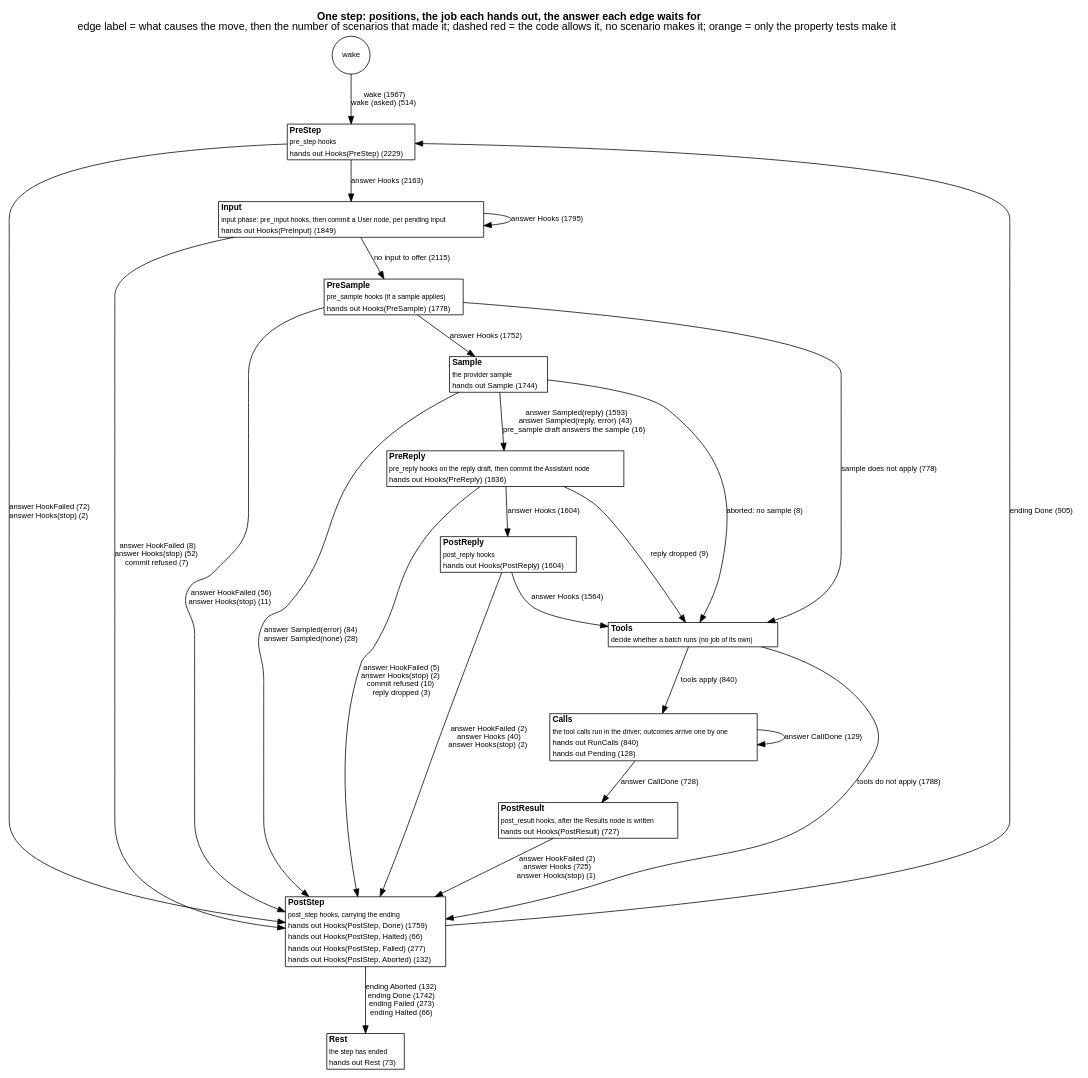
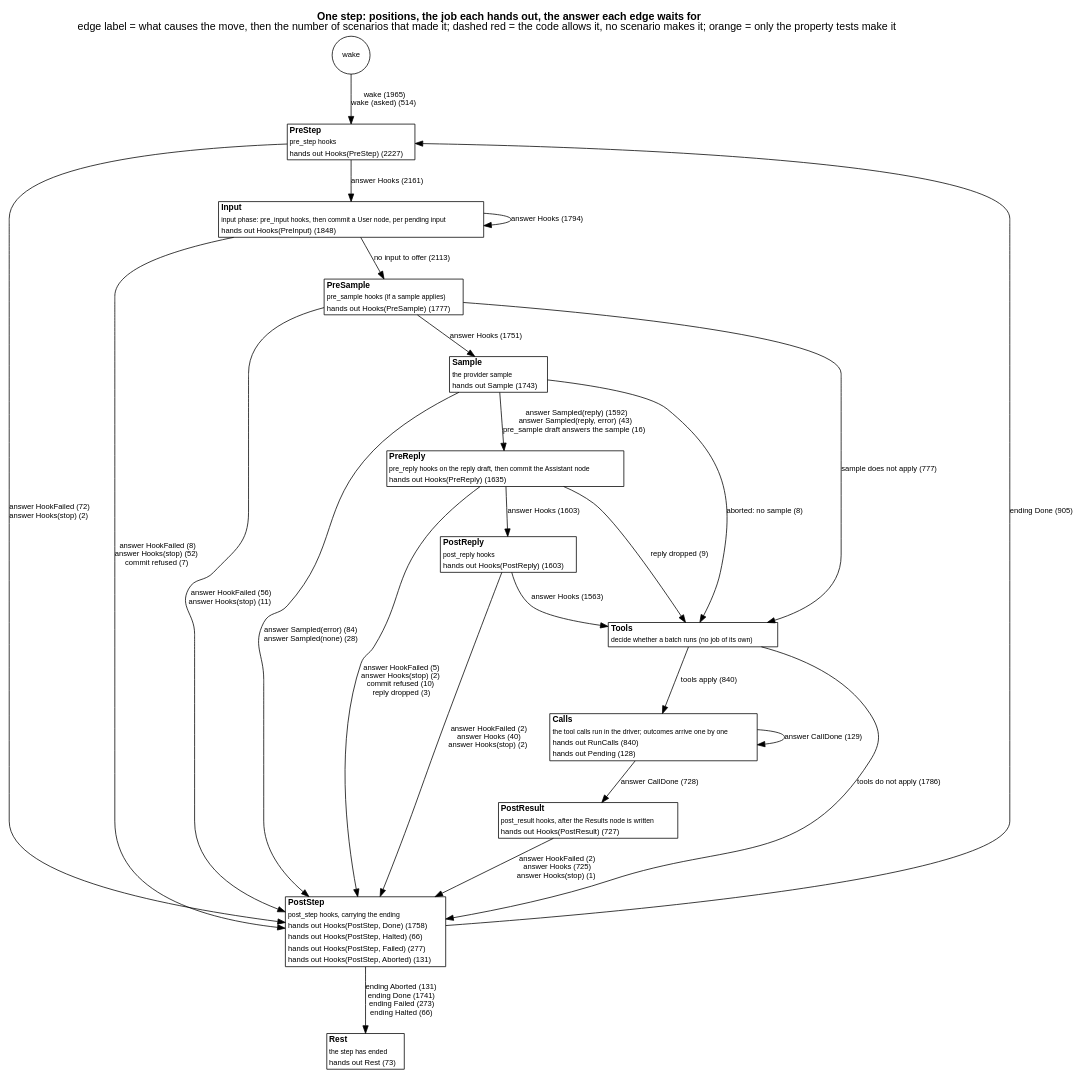
The diagram in docs/as-built/diagrams/step-positions.dot (jmccardle/tau), drawn with Graphviz before and after one commit. The commit also changed 2 other files, not shown here.

Commit message:
as-built diagrams: refreshed; two behavior tests are local_only now

```diff
--- a/docs/as-built/diagrams/step-positions.dot
+++ b/docs/as-built/diagrams/step-positions.dot
@@ -1,42 +1,42 @@
 // Generated by scripts/diagrams.sh from the test suites' transitions. Do not edit.
 digraph step_positions {
   graph [rankdir=TB, fontname="Helvetica", nodesep=0.5, ranksep=0.6, labelloc=t, label=<<b>One step: positions, the job each hands out, the answer each edge waits for</b><br/>edge label = what causes the move, then the number of scenarios that made it; dashed red = the code allows it, no scenario makes it; orange = only the property tests make it>];
   node [shape=plain, fontname="Helvetica", fontsize=11];
   edge [fontname="Helvetica", fontsize=10];
   "(wake)" [shape=circle, label="wake", fontsize=10];
-  "PreStep" [label=<<table border="1" cellborder="0" cellspacing="0" bgcolor="white"><tr><td align="left"><b>PreStep</b></td></tr><tr><td align="left"><font point-size="9">pre_step hooks</font></td></tr><tr><td align="left"><font color="black" point-size="10">hands out Hooks(PreStep) (2229)</font></td></tr></table>>];
-  "Input" [label=<<table border="1" cellborder="0" cellspacing="0" bgcolor="white"><tr><td align="left"><b>Input</b></td></tr><tr><td align="left"><font point-size="9">input phase: pre_input hooks, then commit a User node, per pending input</font></td></tr><tr><td align="left"><font color="black" point-size="10">hands out Hooks(PreInput) (1849)</font></td></tr></table>>];
-  "PreSample" [label=<<table border="1" cellborder="0" cellspacing="0" bgcolor="white"><tr><td align="left"><b>PreSample</b></td></tr><tr><td align="left"><font point-size="9">pre_sample hooks (if a sample applies)</font></td></tr><tr><td align="left"><font color="black" point-size="10">hands out Hooks(PreSample) (1778)</font></td></tr></table>>];
-  "Sample" [label=<<table border="1" cellborder="0" cellspacing="0" bgcolor="white"><tr><td align="left"><b>Sample</b></td></tr><tr><td align="left"><font point-size="9">the provider sample</font></td></tr><tr><td align="left"><font color="black" point-size="10">hands out Sample (1744)</font></td></tr></table>>];
-  "PreReply" [label=<<table border="1" cellborder="0" cellspacing="0" bgcolor="white"><tr><td align="left"><b>PreReply</b></td></tr><tr><td align="left"><font point-size="9">pre_reply hooks on the reply draft, then commit the Assistant node</font></td></tr><tr><td align="left"><font color="black" point-size="10">hands out Hooks(PreReply) (1636)</font></td></tr></table>>];
-  "PostReply" [label=<<table border="1" cellborder="0" cellspacing="0" bgcolor="white"><tr><td align="left"><b>PostReply</b></td></tr><tr><td align="left"><font point-size="9">post_reply hooks</font></td></tr><tr><td align="left"><font color="black" point-size="10">hands out Hooks(PostReply) (1604)</font></td></tr></table>>];
+  "PreStep" [label=<<table border="1" cellborder="0" cellspacing="0" bgcolor="white"><tr><td align="left"><b>PreStep</b></td></tr><tr><td align="left"><font point-size="9">pre_step hooks</font></td></tr><tr><td align="left"><font color="black" point-size="10">hands out Hooks(PreStep) (2227)</font></td></tr></table>>];
+  "Input" [label=<<table border="1" cellborder="0" cellspacing="0" bgcolor="white"><tr><td align="left"><b>Input</b></td></tr><tr><td align="left"><font point-size="9">input phase: pre_input hooks, then commit a User node, per pending input</font></td></tr><tr><td align="left"><font color="black" point-size="10">hands out Hooks(PreInput) (1848)</font></td></tr></table>>];
+  "PreSample" [label=<<table border="1" cellborder="0" cellspacing="0" bgcolor="white"><tr><td align="left"><b>PreSample</b></td></tr><tr><td align="left"><font point-size="9">pre_sample hooks (if a sample applies)</font></td></tr><tr><td align="left"><font color="black" point-size="10">hands out Hooks(PreSample) (1777)</font></td></tr></table>>];
+  "Sample" [label=<<table border="1" cellborder="0" cellspacing="0" bgcolor="white"><tr><td align="left"><b>Sample</b></td></tr><tr><td align="left"><font point-size="9">the provider sample</font></td></tr><tr><td align="left"><font color="black" point-size="10">hands out Sample (1743)</font></td></tr></table>>];
+  "PreReply" [label=<<table border="1" cellborder="0" cellspacing="0" bgcolor="white"><tr><td align="left"><b>PreReply</b></td></tr><tr><td align="left"><font point-size="9">pre_reply hooks on the reply draft, then commit the Assistant node</font></td></tr><tr><td align="left"><font color="black" point-size="10">hands out Hooks(PreReply) (1635)</font></td></tr></table>>];
+  "PostReply" [label=<<table border="1" cellborder="0" cellspacing="0" bgcolor="white"><tr><td align="left"><b>PostReply</b></td></tr><tr><td align="left"><font point-size="9">post_reply hooks</font></td></tr><tr><td align="left"><font color="black" point-size="10">hands out Hooks(PostReply) (1603)</font></td></tr></table>>];
   "Tools" [label=<<table border="1" cellborder="0" cellspacing="0" bgcolor="white"><tr><td align="left"><b>Tools</b></td></tr><tr><td align="left"><font point-size="9">decide whether a batch runs (no job of its own)</font></td></tr></table>>];
   "Calls" [label=<<table border="1" cellborder="0" cellspacing="0" bgcolor="white"><tr><td align="left"><b>Calls</b></td></tr><tr><td align="left"><font point-size="9">the tool calls run in the driver; outcomes arrive one by one</font></td></tr><tr><td align="left"><font color="black" point-size="10">hands out RunCalls (840)</font></td></tr><tr><td align="left"><font color="black" point-size="10">hands out Pending (128)</font></td></tr></table>>];
   "PostResult" [label=<<table border="1" cellborder="0" cellspacing="0" bgcolor="white"><tr><td align="left"><b>PostResult</b></td></tr><tr><td align="left"><font point-size="9">post_result hooks, after the Results node is written</font></td></tr><tr><td align="left"><font color="black" point-size="10">hands out Hooks(PostResult) (727)</font></td></tr></table>>];
-  "PostStep" [label=<<table border="1" cellborder="0" cellspacing="0" bgcolor="white"><tr><td align="left"><b>PostStep</b></td></tr><tr><td align="left"><font point-size="9">post_step hooks, carrying the ending</font></td></tr><tr><td align="left"><font color="black" point-size="10">hands out Hooks(PostStep, Done) (1759)</font></td></tr><tr><td align="left"><font color="black" point-size="10">hands out Hooks(PostStep, Halted) (66)</font></td></tr><tr><td align="left"><font color="black" point-size="10">hands out Hooks(PostStep, Failed) (277)</font></td></tr><tr><td align="left"><font color="black" point-size="10">hands out Hooks(PostStep, Aborted) (132)</font></td></tr></table>>];
+  "PostStep" [label=<<table border="1" cellborder="0" cellspacing="0" bgcolor="white"><tr><td align="left"><b>PostStep</b></td></tr><tr><td align="left"><font point-size="9">post_step hooks, carrying the ending</font></td></tr><tr><td align="left"><font color="black" point-size="10">hands out Hooks(PostStep, Done) (1758)</font></td></tr><tr><td align="left"><font color="black" point-size="10">hands out Hooks(PostStep, Halted) (66)</font></td></tr><tr><td align="left"><font color="black" point-size="10">hands out Hooks(PostStep, Failed) (277)</font></td></tr><tr><td align="left"><font color="black" point-size="10">hands out Hooks(PostStep, Aborted) (131)</font></td></tr></table>>];
   "Rest" [label=<<table border="1" cellborder="0" cellspacing="0" bgcolor="white"><tr><td align="left"><b>Rest</b></td></tr><tr><td align="left"><font point-size="9">the step has ended</font></td></tr><tr><td align="left"><font color="black" point-size="10">hands out Rest (73)</font></td></tr></table>>];
-  "(wake)" -> "PreStep" [label=<wake (1967)<br/>wake (asked) (514)>, color="black", style=solid];
+  "(wake)" -> "PreStep" [label=<wake (1965)<br/>wake (asked) (514)>, color="black", style=solid];
   "Calls" -> "Calls" [label=<answer CallDone (129)>, color="black", style=solid];
   "Calls" -> "PostResult" [label=<answer CallDone (728)>, color="black", style=solid];
-  "Input" -> "Input" [label=<answer Hooks (1795)>, color="black", style=solid];
+  "Input" -> "Input" [label=<answer Hooks (1794)>, color="black", style=solid];
   "Input" -> "PostStep" [label=<answer HookFailed (8)<br/>answer Hooks(stop) (52)<br/>commit refused (7)>, color="black", style=solid];
-  "Input" -> "PreSample" [label=<no input to offer (2115)>, color="black", style=solid];
+  "Input" -> "PreSample" [label=<no input to offer (2113)>, color="black", style=solid];
   "PostReply" -> "PostStep" [label=<answer HookFailed (2)<br/>answer Hooks (40)<br/>answer Hooks(stop) (2)>, color="black", style=solid];
-  "PostReply" -> "Tools" [label=<answer Hooks (1564)>, color="black", style=solid];
+  "PostReply" -> "Tools" [label=<answer Hooks (1563)>, color="black", style=solid];
   "PostResult" -> "PostStep" [label=<answer HookFailed (2)<br/>answer Hooks (725)<br/>answer Hooks(stop) (1)>, color="black", style=solid];
   "PostStep" -> "PreStep" [label=<ending Done (905)>, color="black", style=solid];
-  "PostStep" -> "Rest" [label=<ending Aborted (132)<br/>ending Done (1742)<br/>ending Failed (273)<br/>ending Halted (66)>, color="black", style=solid];
-  "PreReply" -> "PostReply" [label=<answer Hooks (1604)>, color="black", style=solid];
+  "PostStep" -> "Rest" [label=<ending Aborted (131)<br/>ending Done (1741)<br/>ending Failed (273)<br/>ending Halted (66)>, color="black", style=solid];
+  "PreReply" -> "PostReply" [label=<answer Hooks (1603)>, color="black", style=solid];
   "PreReply" -> "PostStep" [label=<answer HookFailed (5)<br/>answer Hooks(stop) (2)<br/>commit refused (10)<br/>reply dropped (3)>, color="black", style=solid];
   "PreReply" -> "Tools" [label=<reply dropped (9)>, color="black", style=solid];
   "PreSample" -> "PostStep" [label=<answer HookFailed (56)<br/>answer Hooks(stop) (11)>, color="black", style=solid];
-  "PreSample" -> "Sample" [label=<answer Hooks (1752)>, color="black", style=solid];
-  "PreSample" -> "Tools" [label=<sample does not apply (778)>, color="black", style=solid];
-  "PreStep" -> "Input" [label=<answer Hooks (2163)>, color="black", style=solid];
+  "PreSample" -> "Sample" [label=<answer Hooks (1751)>, color="black", style=solid];
+  "PreSample" -> "Tools" [label=<sample does not apply (777)>, color="black", style=solid];
+  "PreStep" -> "Input" [label=<answer Hooks (2161)>, color="black", style=solid];
   "PreStep" -> "PostStep" [label=<answer HookFailed (72)<br/>answer Hooks(stop) (2)>, color="black", style=solid];
   "Sample" -> "PostStep" [label=<answer Sampled(error) (84)<br/>answer Sampled(none) (28)>, color="black", style=solid];
-  "Sample" -> "PreReply" [label=<answer Sampled(reply) (1593)<br/>answer Sampled(reply, error) (43)<br/>pre_sample draft answers the sample (16)>, color="black", style=solid];
+  "Sample" -> "PreReply" [label=<answer Sampled(reply) (1592)<br/>answer Sampled(reply, error) (43)<br/>pre_sample draft answers the sample (16)>, color="black", style=solid];
   "Sample" -> "Tools" [label=<aborted: no sample (8)>, color="black", style=solid];
   "Tools" -> "Calls" [label=<tools apply (840)>, color="black", style=solid];
-  "Tools" -> "PostStep" [label=<tools do not apply (1788)>, color="black", style=solid];
+  "Tools" -> "PostStep" [label=<tools do not apply (1786)>, color="black", style=solid];
 }
```
